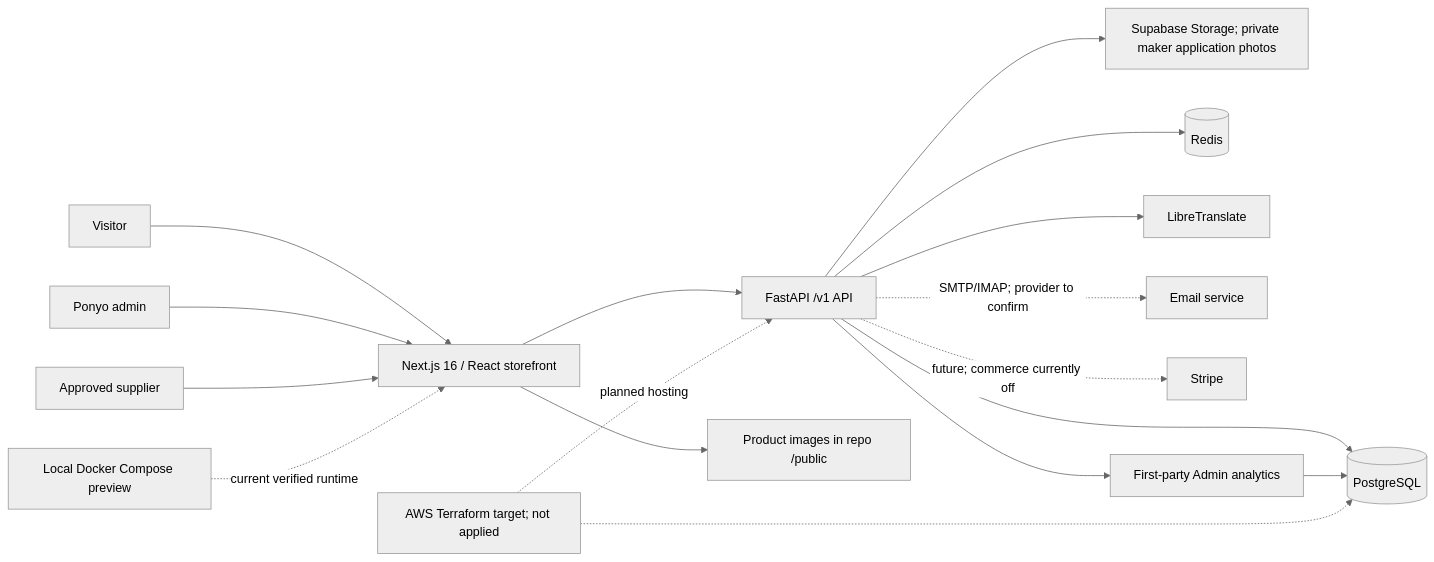
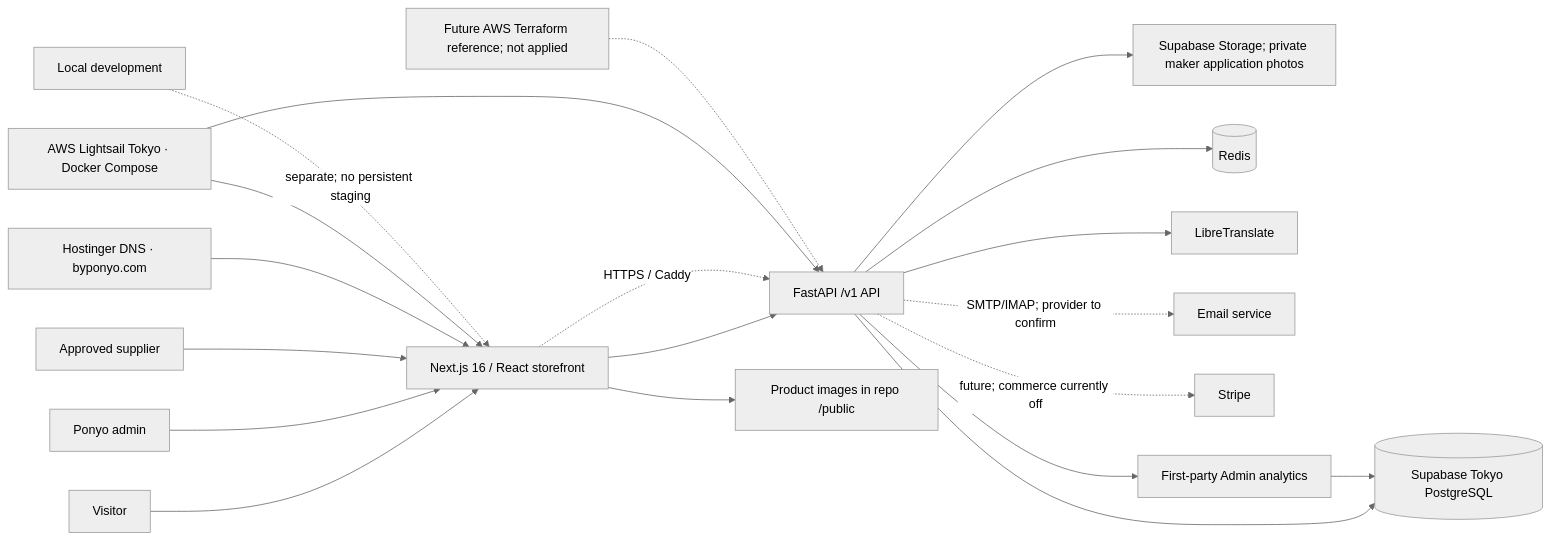
The diagram in docs/site-blueprint.md (byponyodev-max/ponyo), drawn with Mermaid (neutral theme) before and after one commit. The commit also changed other lines of this file and 8 other files, not shown here.

````diff
--- a/docs/site-blueprint.md
+++ b/docs/site-blueprint.md
@@ -11,19 +14,22 @@
 ```mermaid
 flowchart LR
   Visitor --> Web["Next.js 16 / React storefront"]
   Admin["Ponyo admin"] --> Web
   Supplier["Approved supplier"] --> Web
   Web --> API["FastAPI /v1 API"]
   Web --> Assets["Product images in repo /public"]
-  API --> DB[("PostgreSQL")]
+  API --> DB[("Supabase Tokyo PostgreSQL")]
   API --> PhotoStore["Supabase Storage; private maker application photos"]
   API --> Cache[("Redis")]
   API --> Translate["LibreTranslate"]
   API -. "SMTP/IMAP; provider to confirm" .-> Mail["Email service"]
   API -. "future; commerce currently off" .-> Stripe["Stripe"]
   API --> Reports["First-party Admin analytics"]
   Reports --> DB
-  Local["Local Docker Compose preview"] -. "current verified runtime" .-> Web
-  Plan["AWS Terraform target; not applied"] -. "planned hosting" .-> API
-  Plan -.-> DB
+  Domain["Hostinger DNS · byponyo.com"] --> Web
+  Web -. "HTTPS / Caddy" .-> API
+  Lightsail["AWS Lightsail Tokyo · Docker Compose"] --> Web
+  Lightsail --> API
+  Dev["Local development"] -. "separate; no persistent staging" .-> Web
+  Plan["Future AWS Terraform reference; not applied"] -.-> API
 ```
````
